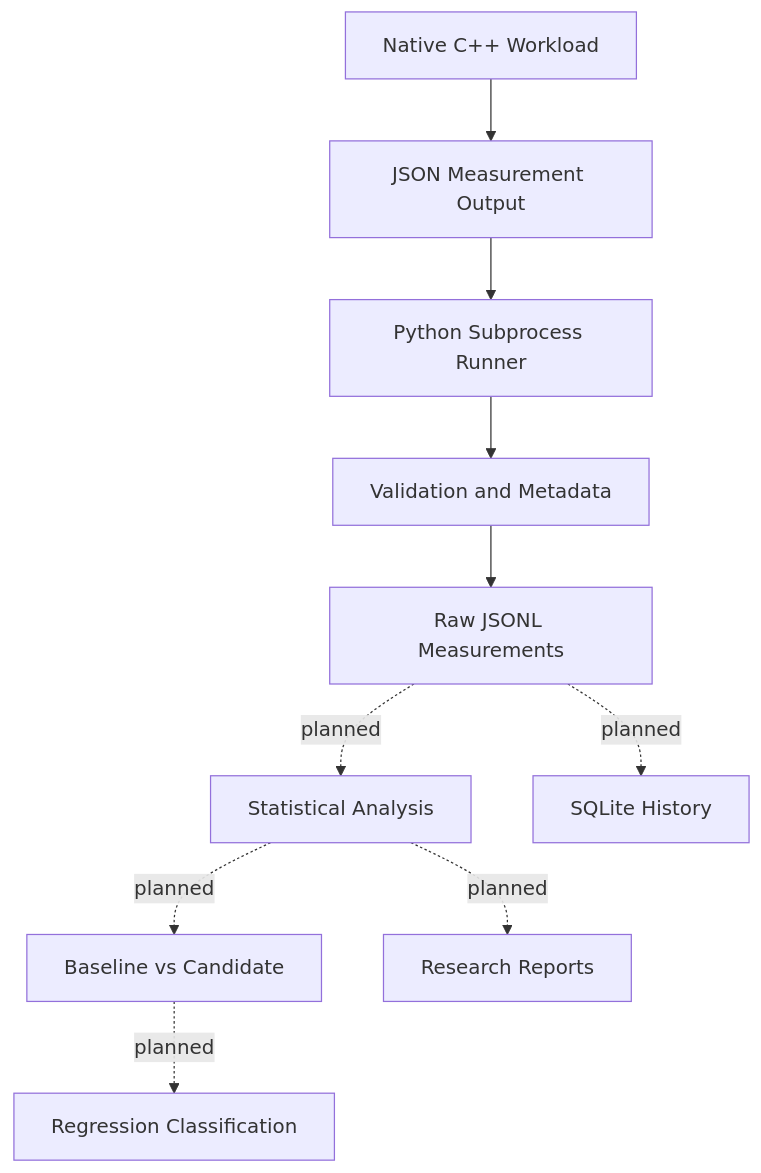
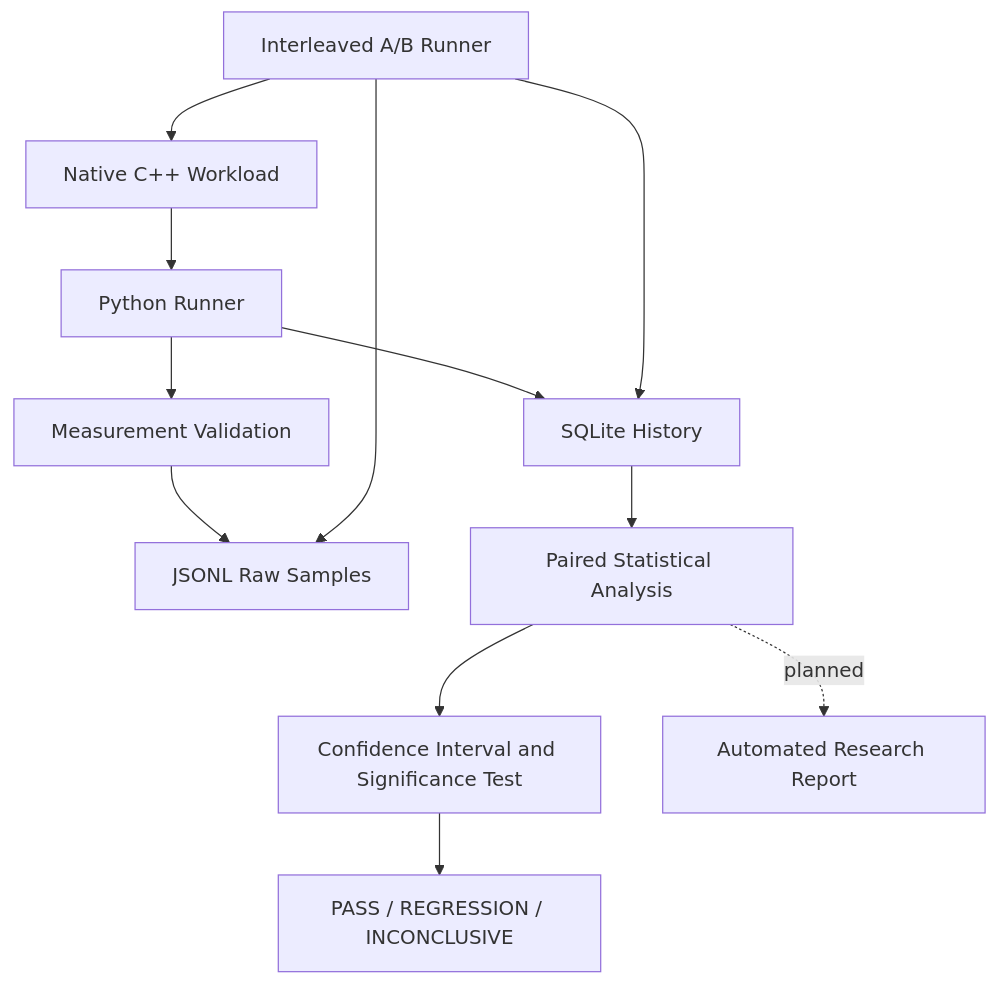
The diagram in README.md (gavneet0030/BenchForge), drawn with Mermaid before and after one commit. The commit also changed other lines of this file, not shown here.

````diff
--- a/README.md
+++ b/README.md
@@ -117,12 +56,14 @@
 ```mermaid
 flowchart TD
-    A[Native C++ Workload] --> B[JSON Measurement Output]
-    B --> C[Python Subprocess Runner]
-    C --> D[Validation and Metadata]
-    D --> E[Raw JSONL Measurements]
-    E -. planned .-> F[Statistical Analysis]
-    F -. planned .-> G[Baseline vs Candidate]
-    G -. planned .-> H[Regression Classification]
-    E -. planned .-> I[SQLite History]
-    F -. planned .-> J[Research Reports]
+    A[Native C++ Workload] --> B[Python Runner]
+    B --> C[Measurement Validation]
+    C --> D[JSONL Raw Samples]
+    B --> E[SQLite History]
+    F[Interleaved A/B Runner] --> A
+    F --> D
+    F --> E
+    E --> G[Paired Statistical Analysis]
+    G --> H[Confidence Interval and Significance Test]
+    H --> I[PASS / REGRESSION / INCONCLUSIVE]
+    G -. planned .-> J[Automated Research Report]
 ```
````
